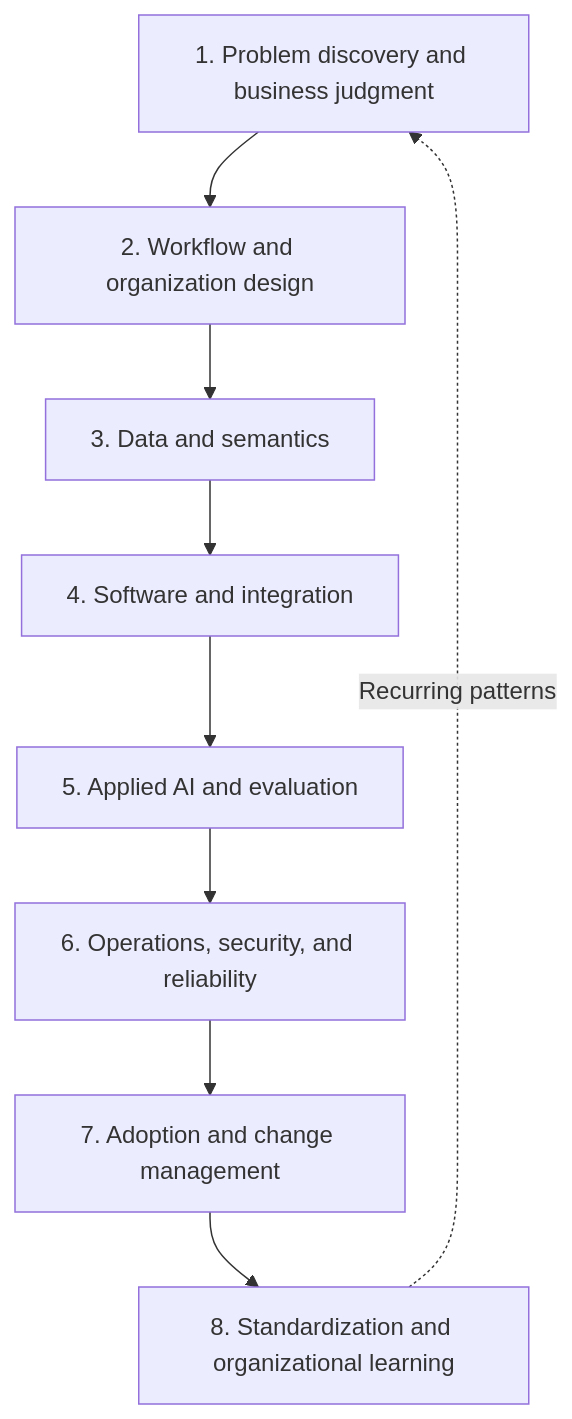
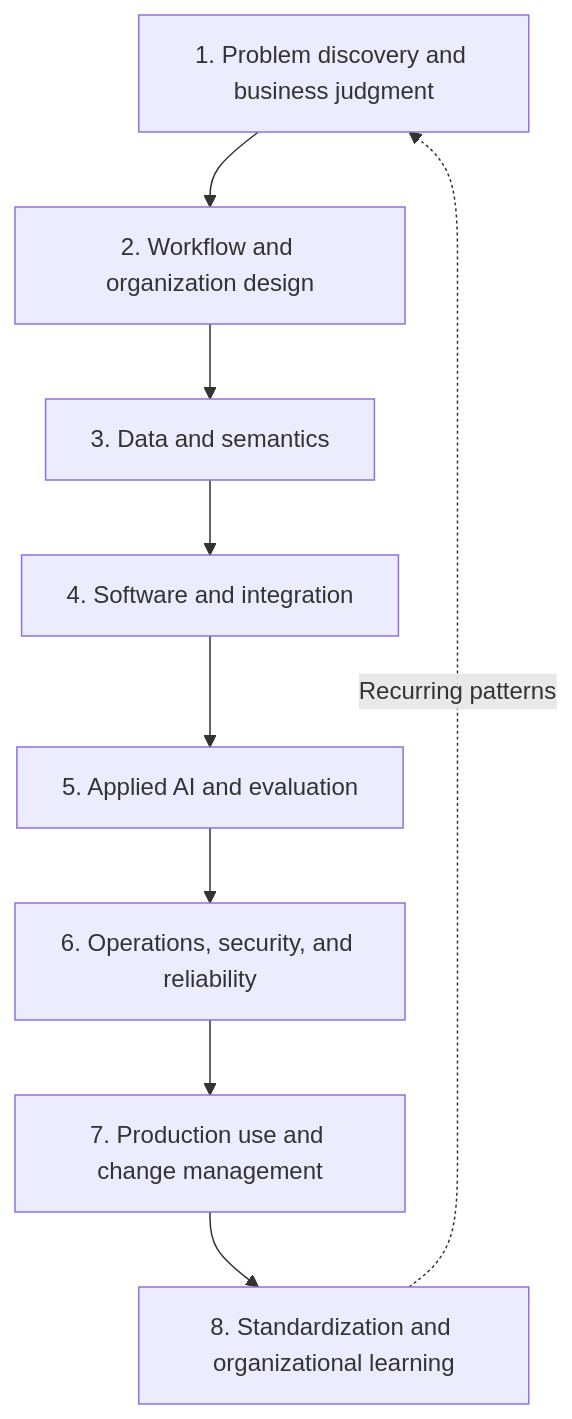
One commit to woogi-kang/ax-engineer-roadmap changed the diagram in en/roadmap/competency-map.md. Above: the diagram before and after it, drawn with Mermaid. The commit also changed other lines of this file and 217 other files, not shown here.

First line of the commit message:
docs: refresh AX roadmap and retire legacy site (#29)

````diff
--- a/en/roadmap/competency-map.md
+++ b/en/roadmap/competency-map.md
@@ -7,14 +7,14 @@
 ```mermaid
 flowchart TB
     A["1. Problem discovery and business judgment"]
     B["2. Workflow and organization design"]
     C["3. Data and semantics"]
     D["4. Software and integration"]
     E["5. Applied AI and evaluation"]
     F["6. Operations, security, and reliability"]
-    G["7. Adoption and change management"]
+    G["7. Production use and change management"]
     H["8. Standardization and organizational learning"]
 
     A --> B --> C --> D --> E --> F --> G --> H
     H -. "Recurring patterns" .-> A
 ```
````
